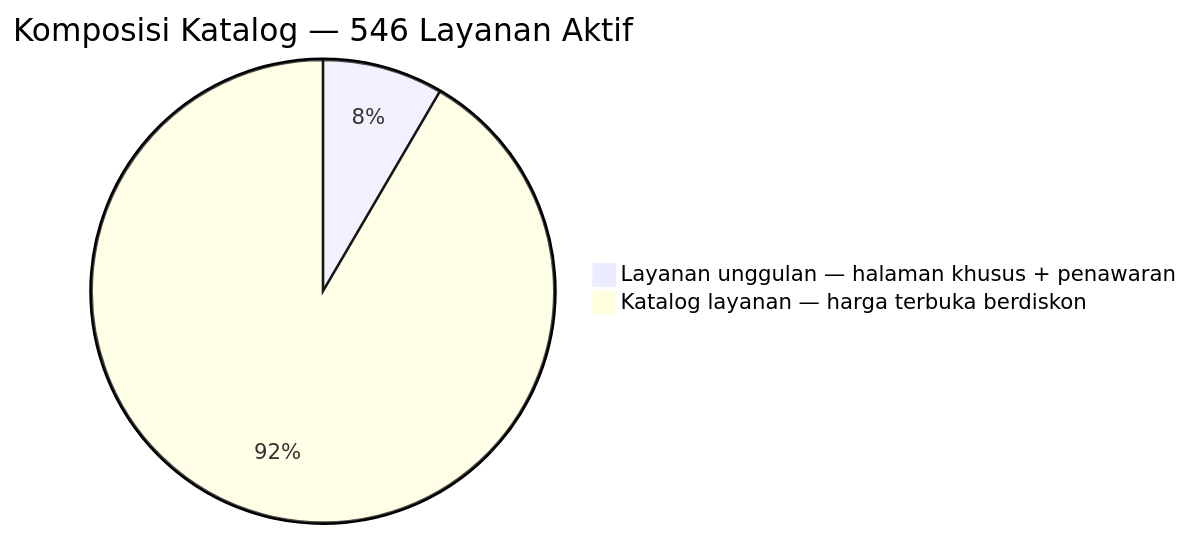
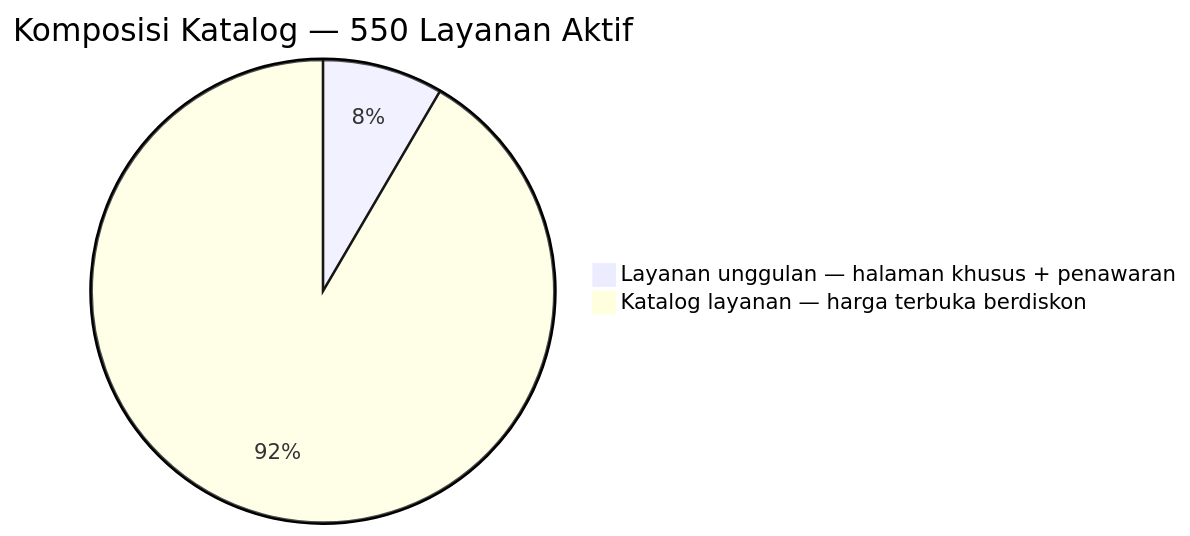
Before and after one commit to gunaracorp/gunaraconsultant: the third of 10 diagrams in README.md, drawn with Mermaid. The commit also changed other lines of this file and 15 other files, not shown here.

````diff
--- a/README.md
+++ b/README.md
@@ -183,5 +183,5 @@
 ```mermaid
-pie title Komposisi Katalog — 546 Layanan Aktif
+pie title Komposisi Katalog — 550 Layanan Aktif
     "Layanan unggulan — halaman khusus + penawaran" : 46
     "Katalog layanan — harga terbuka berdiskon" : 500
 ```
````
